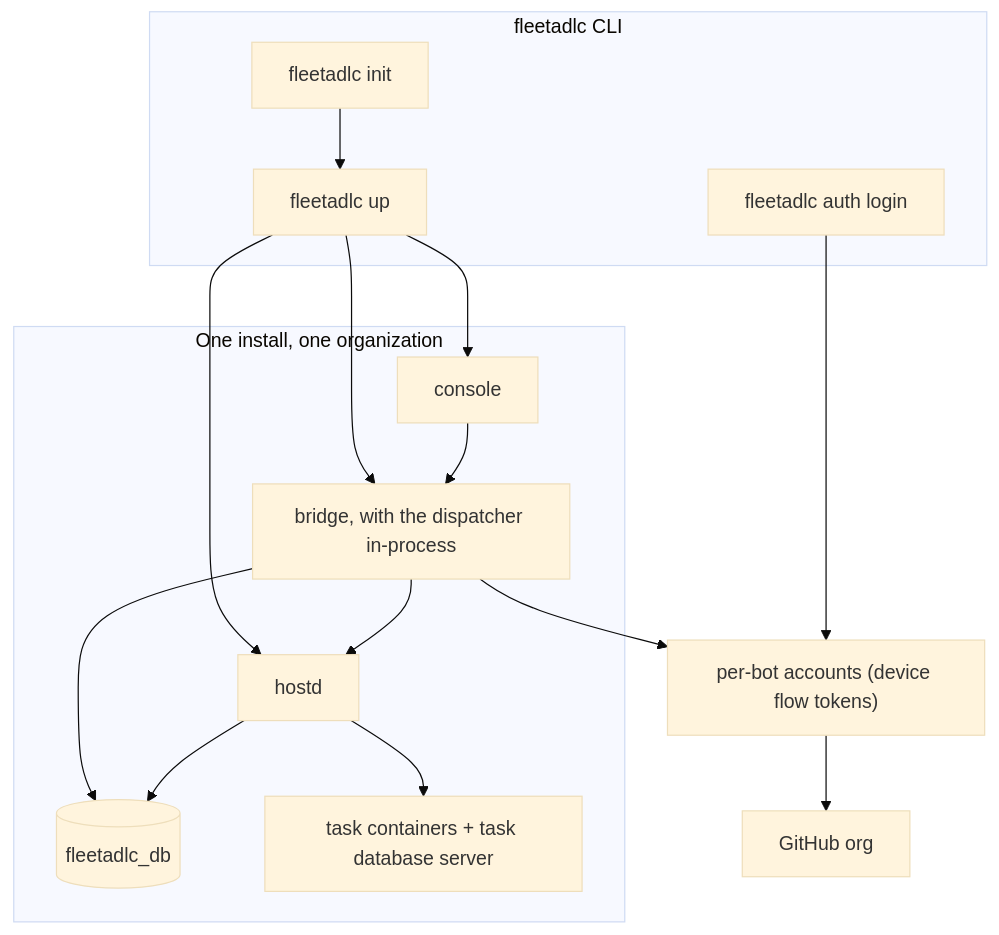
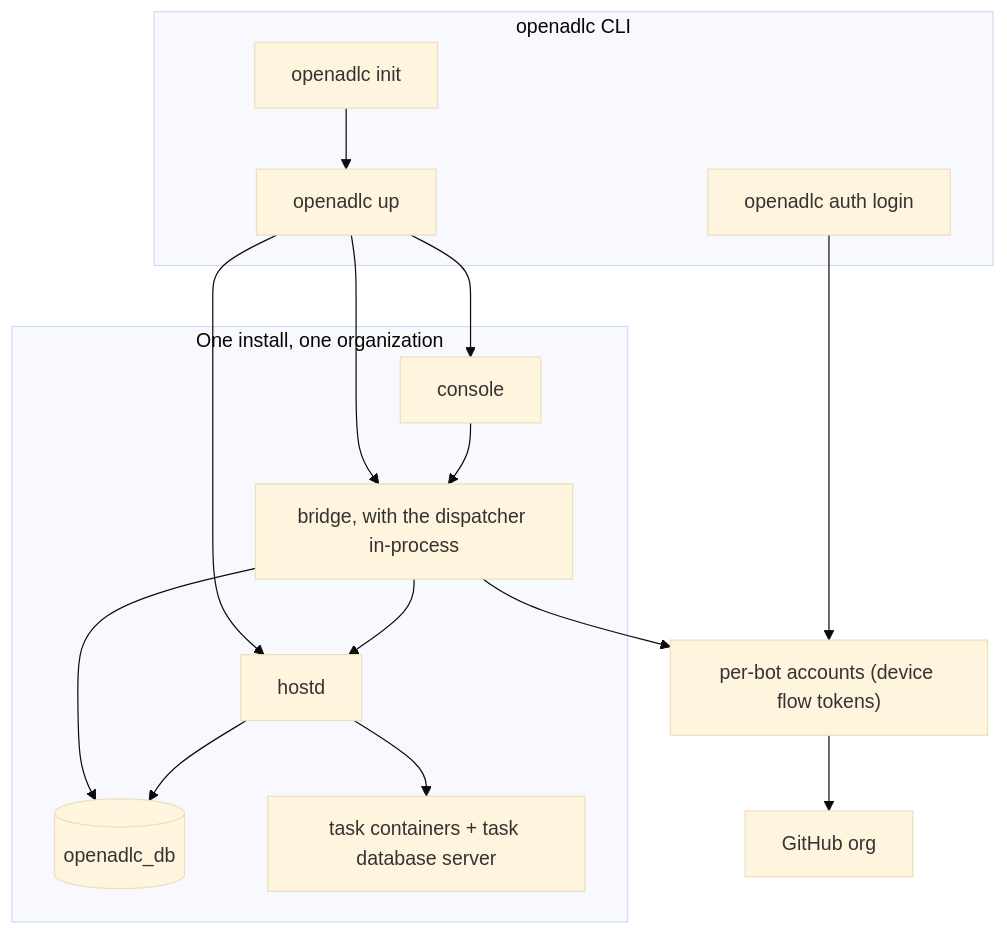
The diagram in docs/platform-plan.md (620legal/OpenADLC), drawn with Mermaid (base theme) before and after one commit. The commit also changed other lines of this file and 744 other files, not shown here.

````diff
--- a/docs/platform-plan.md
+++ b/docs/platform-plan.md
@@ -90,29 +90,29 @@
 ```mermaid
 flowchart TB
-  subgraph cli [fleetadlc CLI]
-    init[fleetadlc init]
-    up[fleetadlc up]
-    auth[fleetadlc auth login]
+  subgraph cli [openadlc CLI]
+    init[openadlc init]
+    up[openadlc up]
+    auth[openadlc auth login]
   end
   subgraph runtime [One install, one organization]
     console[console]
     bridge[bridge, with the dispatcher in-process]
-    db[(fleetadlc_db)]
+    db[(openadlc_db)]
     hostd[hostd]
     bots[task containers + task database server]
   end
   gh[GitHub org]
   accounts["per-bot accounts (device flow tokens)"]
   init --> up
   auth --> accounts
   up --> console
   up --> bridge
   up --> hostd
   bridge --> db
   hostd --> db
   hostd --> bots
   bridge --> accounts
   accounts --> gh
   bridge --> hostd
   console --> bridge
 ```
````
